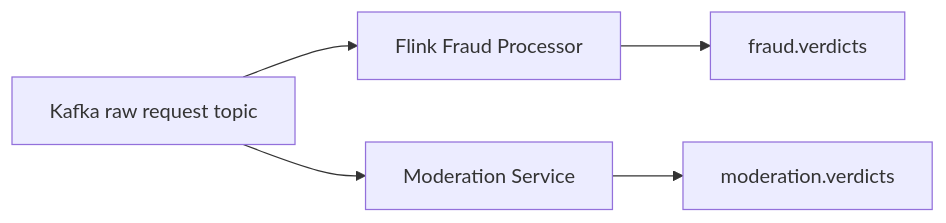
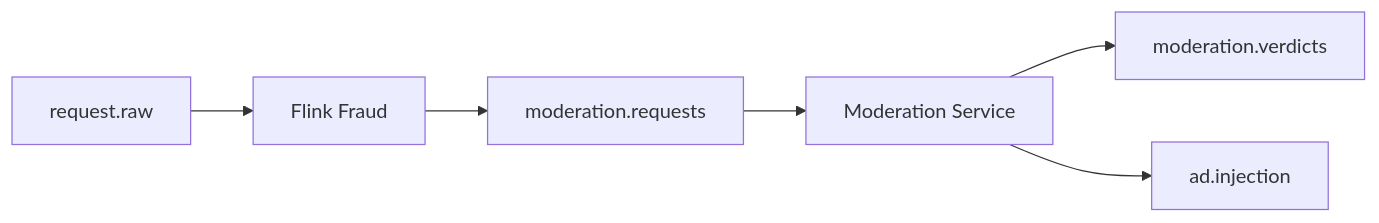
One commit to IamMistake/ai-ad-request-safety-pipeline changed the diagram in docs/moderation_service.md. Above: the diagram before and after it, drawn with Mermaid. The commit also changed other lines of this file and 45 other files, not shown here.

Commit message:
rework pipeline into sequential fraud moderation flow

````diff
--- a/docs/moderation_service.md
+++ b/docs/moderation_service.md
@@ -46,7 +26,8 @@
 ```mermaid
 flowchart LR
-    A[Kafka raw request topic] --> B[Flink Fraud Processor]
-    A --> C[Moderation Service]
-    B --> D[fraud.verdicts]
-    C --> E[moderation.verdicts]
+    A[request.raw] --> B[Flink Fraud]
+    B --> C[moderation.requests]
+    C --> D[Moderation Service]
+    D --> E[moderation.verdicts]
+    D --> F[ad.injection]
 ```
````
